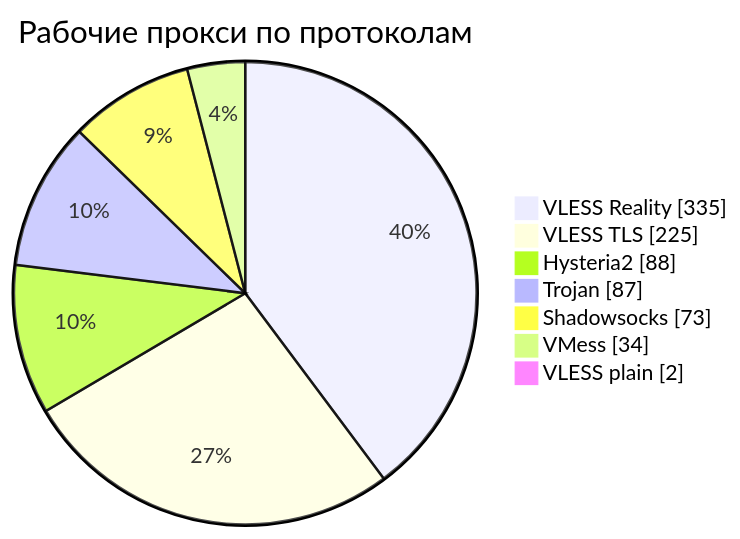
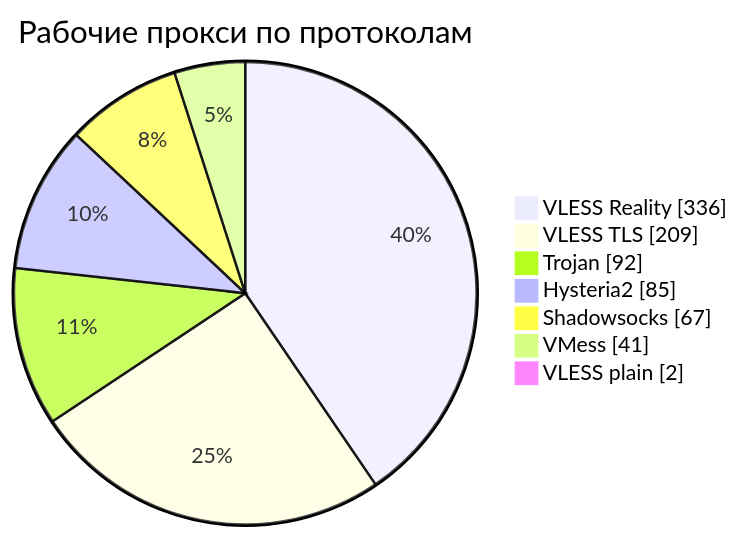
Before and after one commit to rvvg/proxy-subs: the third of 4 diagrams in README.md, drawn with Mermaid. The commit also changed other lines of this file and 51 other files, not shown here.

````diff
--- a/README.md
+++ b/README.md
@@ -139,11 +138,11 @@
 ```mermaid
 pie showData
     title Рабочие прокси по протоколам
-    "VLESS Reality" : 335
-    "VLESS TLS" : 225
-    "Hysteria2" : 88
-    "Trojan" : 87
-    "Shadowsocks" : 73
-    "VMess" : 34
+    "VLESS Reality" : 336
+    "VLESS TLS" : 209
+    "Trojan" : 92
+    "Hysteria2" : 85
+    "Shadowsocks" : 67
+    "VMess" : 41
     "VLESS plain" : 2
 ```
````
